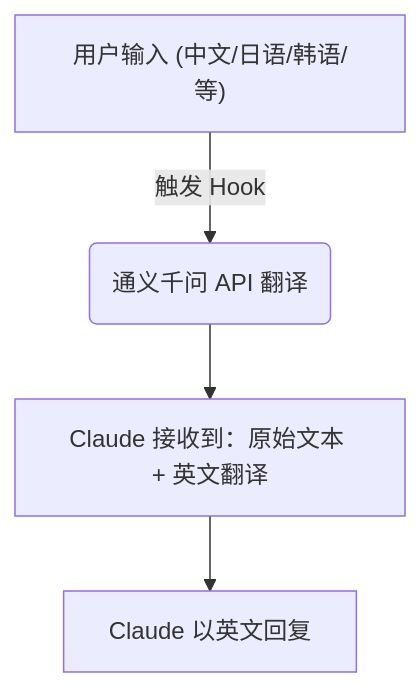
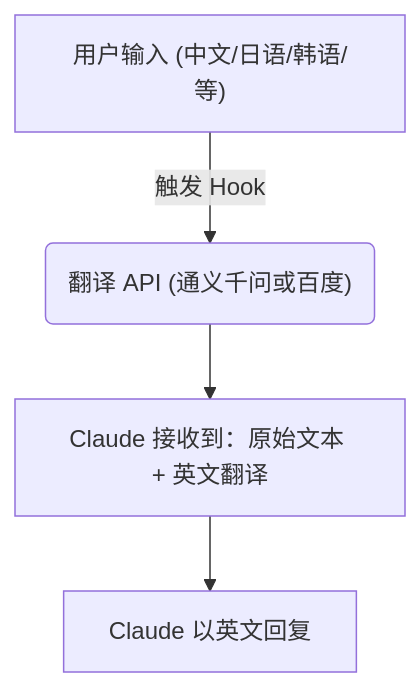
Before and after one commit to iChenwin/claude-code-translator: the diagram in README_zh.md, drawn with Mermaid. The commit also changed other lines of this file and 6 other files, not shown here.

````diff
--- a/README_zh.md
+++ b/README_zh.md
@@ -21,6 +21,6 @@
 ```mermaid
 graph TD
-    A["用户输入 (中文/日语/韩语/等)"] -->|触发 Hook| B("通义千问 API 翻译")
+    A["用户输入 (中文/日语/韩语/等)"] -->|触发 Hook| B("翻译 API (通义千问或百度)")
     B --> C["Claude 接收到：原始文本 + 英文翻译"]
     C --> D["Claude 以英文回复"]
 ```
````
